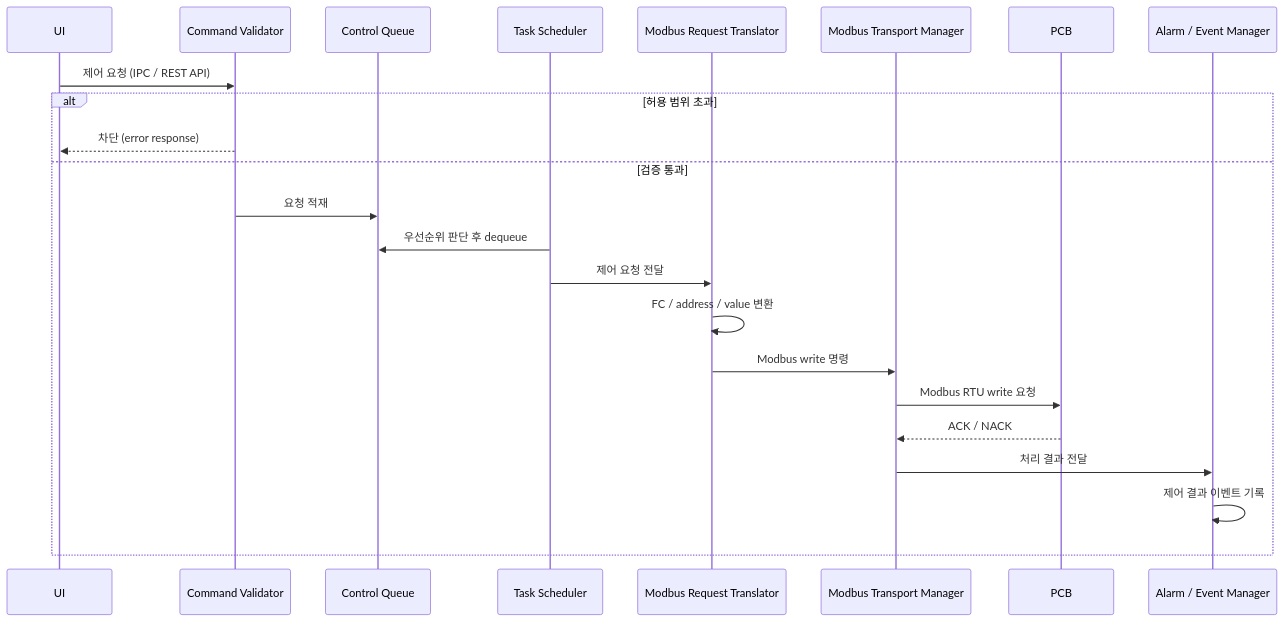
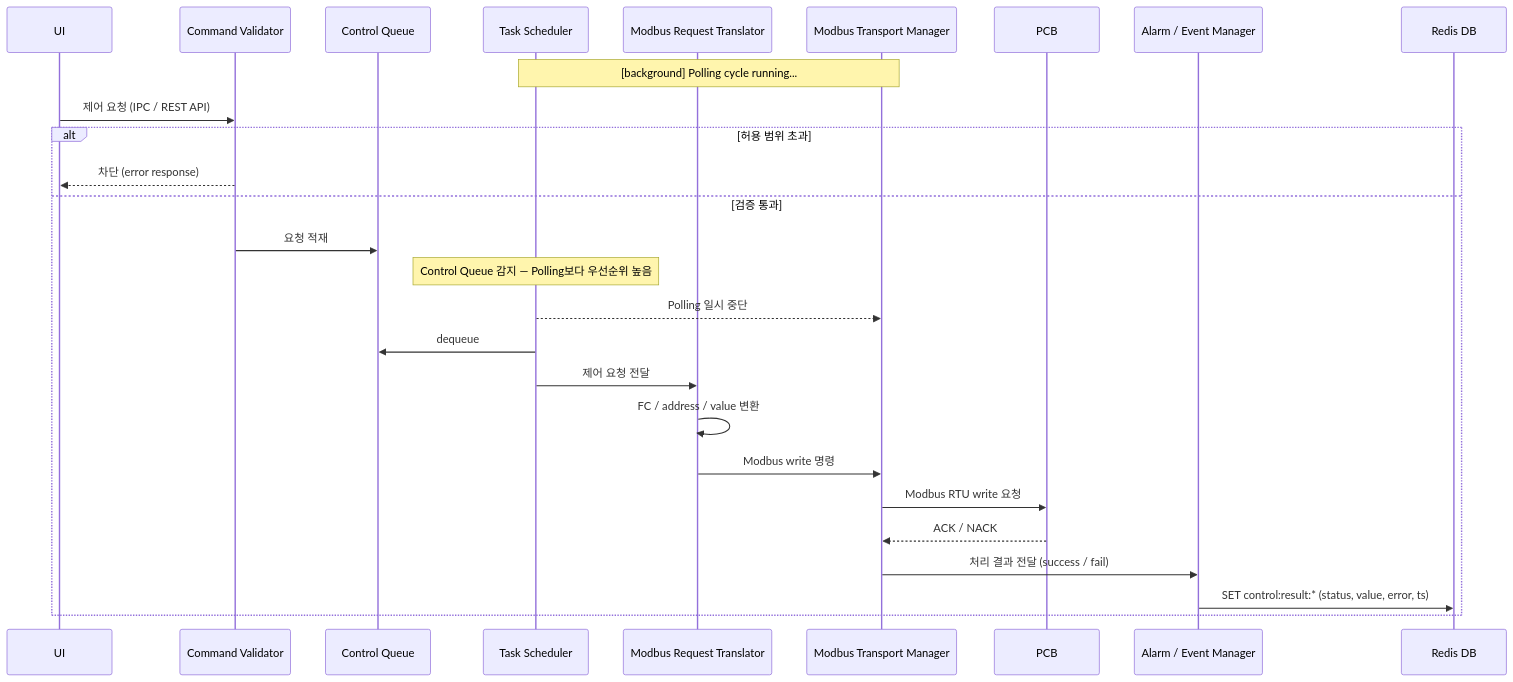
One commit to DEEPGadget/L2A_CDU_system changed the second of 3 diagrams in docs/PCG.md. Above: the diagram before and after it, drawn with Mermaid.

Commit message:
일반 제어 요청 시나리오 다이어 그램 수정

````diff
--- a/docs/PCG.md
+++ b/docs/PCG.md
@@ -145,26 +145,31 @@
 ```mermaid
 sequenceDiagram
     participant UI as UI
     participant CV as Command Validator
     participant CQ as Control Queue
     participant TS as Task Scheduler
     participant MRT as Modbus Request Translator
     participant MTM as Modbus Transport Manager
     participant PCB as PCB
     participant AEM as Alarm / Event Manager
+    participant Redis as Redis DB
+
+    Note over TS,MTM: [background] Polling cycle running...
 
     UI->>CV: 제어 요청 (IPC / REST API)
     alt 허용 범위 초과
         CV-->>UI: 차단 (error response)
     else 검증 통과
         CV->>CQ: 요청 적재
-        TS->>CQ: 우선순위 판단 후 dequeue
+        Note over TS: Control Queue 감지 — Polling보다 우선순위 높음
+        TS-->>MTM: Polling 일시 중단
+        TS->>CQ: dequeue
         TS->>MRT: 제어 요청 전달
         MRT->>MRT: FC / address / value 변환
         MRT->>MTM: Modbus write 명령
         MTM->>PCB: Modbus RTU write 요청
         PCB-->>MTM: ACK / NACK
-        MTM->>AEM: 처리 결과 전달
-        AEM->>AEM: 제어 결과 이벤트 기록
+        MTM->>AEM: 처리 결과 전달 (success / fail)
+        AEM->>Redis: SET control:result:* (status, value, error, ts)
     end
 ```
````
